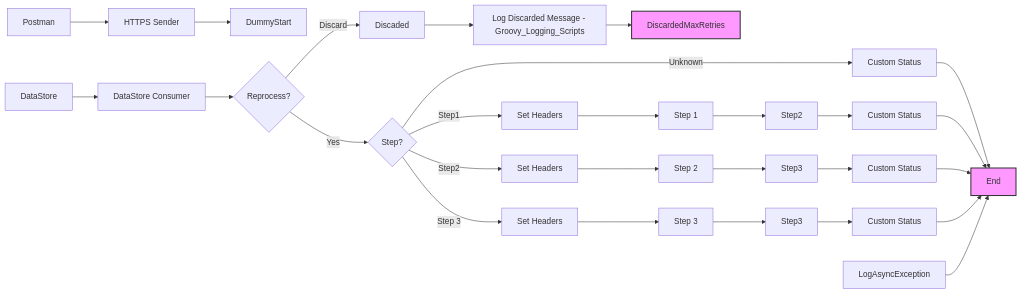
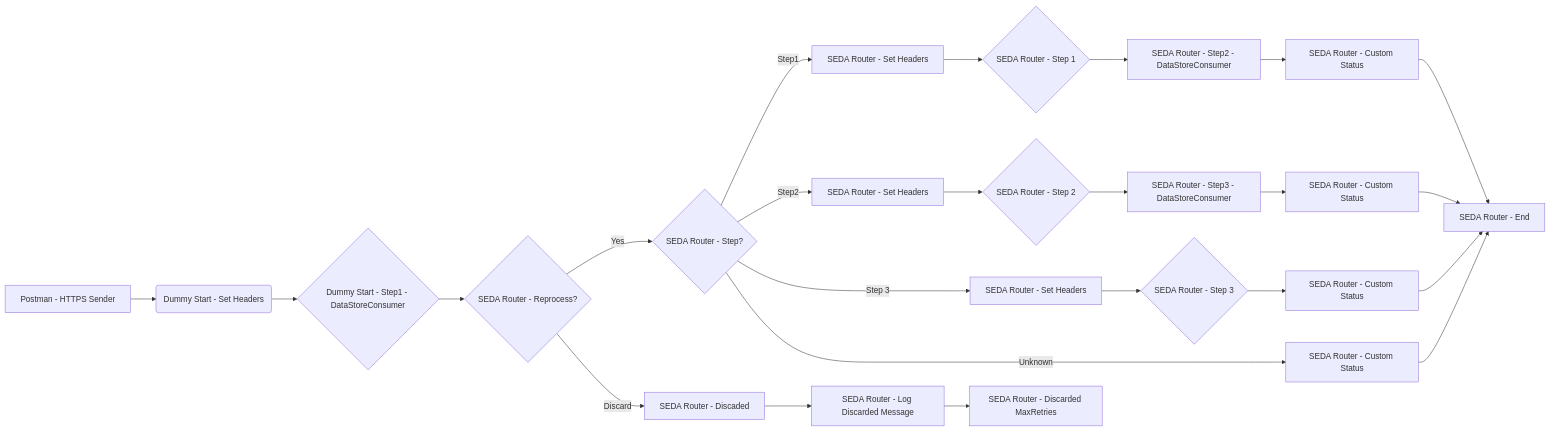
One commit to Avvale-IA-CICD/AvvaleCPI changed the diagram in MMZ - Cell Iflows/SEDA_Model_-_Single_DS_-_Restart_and_Discard_MMZ-1.0.0/readme.md. Above: the diagram before and after it, drawn with Mermaid. The commit also changed other lines of this file, not shown here.

Commit message:
Add/update documentation for SEDA_Model_-_Single_DS_-_Restart_and_Discard_MMZ v1.0.0

````diff
--- a/MMZ - Cell Iflows/SEDA_Model_-_Single_DS_-_Restart_and_Discard_MMZ-1.0.0/readme.md
+++ b/MMZ - Cell Iflows/SEDA_Model_-_Single_DS_-_Restart_and_Discard_MMZ-1.0.0/readme.md
@@ -6,37 +4,26 @@
 ```mermaid
 graph LR
-    Postman --> HTTPS[HTTPS Sender]
-    HTTPS --> DummyStart
-    DataStore --> Start[DataStore Consumer]
-    Start --> Reprocess{Reprocess?}
-    Reprocess -- Yes --> StepDecision{Step?}
-    Reprocess -- Discard --> DiscardedStatus[Discaded]
-    DiscardedStatus --> LogDiscarded[Log Discarded Message - Groovy_Logging_Scripts]
-    LogDiscarded --> DiscardedMaxRetries
-
-    StepDecision -- Step1 --> SetHeaders1[Set Headers]
-    StepDecision -- Step2 --> SetHeaders2[Set Headers]
-    StepDecision -- Step 3 --> SetHeaders3[Set Headers]
-    StepDecision -- Unknown --> UnknownStatus[Custom Status]
-    UnknownStatus --> End
-
-    SetHeaders1 --> Step1[Step 1]
-    SetHeaders2 --> Step2[Step 2]
-    SetHeaders3 --> Step3[Step 3]
-
-    Step1 --> DBStorage1[Step2]
-    Step2 --> DBStorage2[Step3]
-    Step3 --> DBStorage3[Step3]
-
-    DBStorage1 --> CustomStatus1[Custom Status]
-    DBStorage2 --> CustomStatus2[Custom Status]
-    DBStorage3 --> CustomStatus3[Custom Status]
-
-    CustomStatus1 --> End
-    CustomStatus2 --> End
-    CustomStatus3 --> End
-    LogAsyncException --> End
-
-    style End fill:#f9f,stroke:#333,stroke-width:2px
-    style DiscardedMaxRetries fill:#f9f,stroke:#333,stroke-width:2px
+    A[Postman - HTTPS Sender] --> B(Dummy Start - Set Headers)
+    B --> C{Dummy Start - Step1 - DataStoreConsumer}
+    C --> D{SEDA Router - Reprocess?}
+    D -- Yes --> E{SEDA Router - Step?}
+    E -- Step1 --> F[SEDA Router - Set Headers]
+    E -- Step2 --> G[SEDA Router - Set Headers]
+    E -- Step 3 --> H[SEDA Router - Set Headers]
+    E -- Unknown --> I[SEDA Router - Custom Status]
+    F --> J{SEDA Router - Step 1}
+    G --> K{SEDA Router - Step 2}
+    H --> L{SEDA Router - Step 3}
+    J --> M[SEDA Router - Step2 - DataStoreConsumer]
+    K --> N[SEDA Router - Step3 - DataStoreConsumer]
+    L --> O[SEDA Router - Custom Status]
+    M --> P[SEDA Router - Custom Status]
+    N --> Q[SEDA Router - Custom Status]
+    I --> R[SEDA Router - End]
+    O --> R
+    P --> R
+    Q --> R
+    D -- Discard --> S[SEDA Router - Discaded]
+    S --> T[SEDA Router - Log Discarded Message]
+    T --> U[SEDA Router - Discarded MaxRetries]
 ```
````
